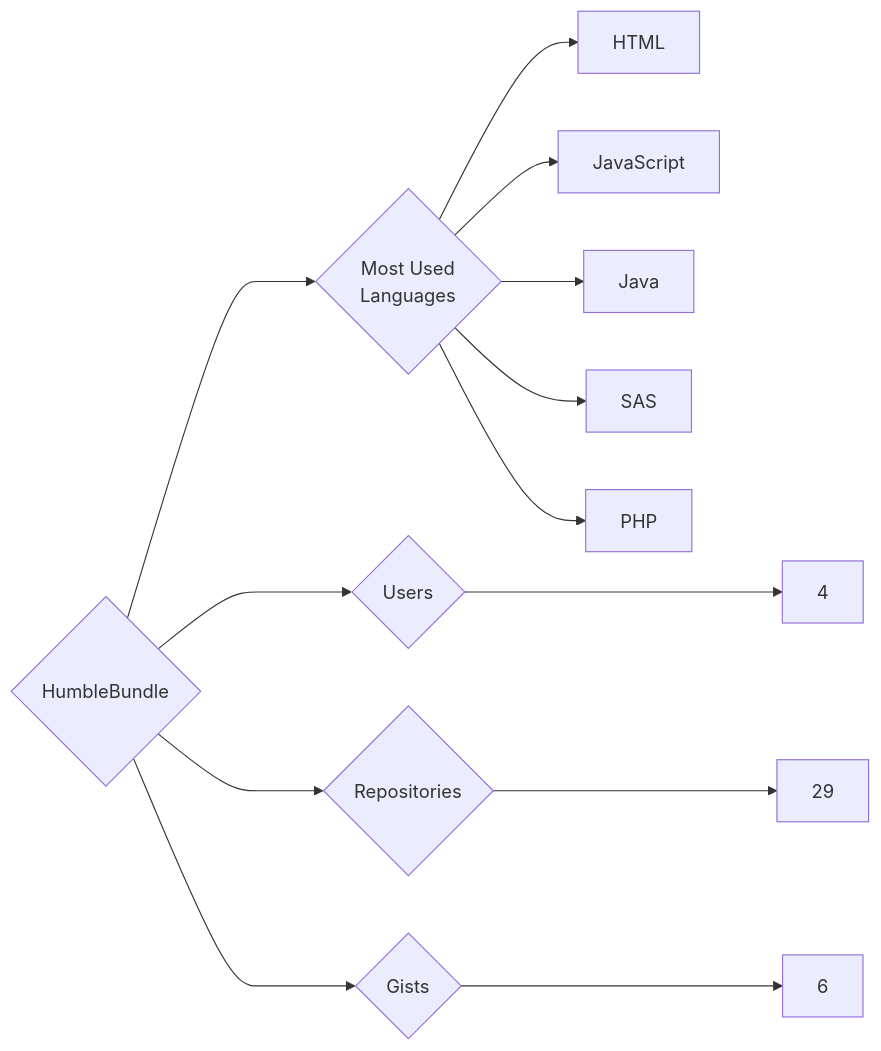
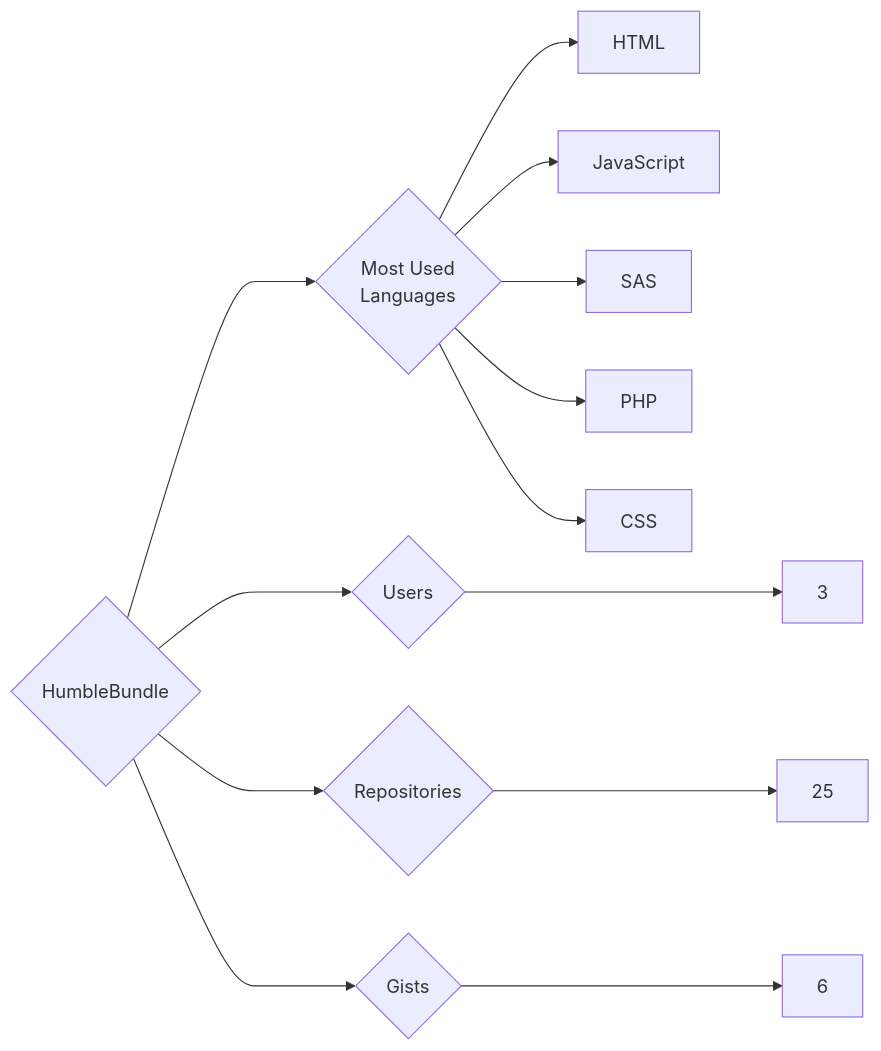
Before and after one commit to trickest/insiders: the diagram in targets/HumbleBundle/README.md, drawn with Mermaid. The commit also changed 1055 other files, not shown here.

````diff
--- a/targets/HumbleBundle/README.md
+++ b/targets/HumbleBundle/README.md
@@ -3,13 +3,13 @@
 ```mermaid
 graph LR
 COMPANY_NAME{HumbleBundle}
-COMPANY_NAME ---> U{Users} ---> UN[4]
-COMPANY_NAME ---> R{Repositories} ---> RN[29]
+COMPANY_NAME ---> U{Users} ---> UN[3]
+COMPANY_NAME ---> R{Repositories} ---> RN[25]
 COMPANY_NAME ---> G{Gists} ---> GN[6]
 COMPANY_NAME ---> ML{Most Used<br>Languages}
 ML --> HTML[HTML]
 ML --> JavaScript[JavaScript]
-ML --> Java[Java]
 ML --> SAS[SAS]
 ML --> PHP[PHP]
+ML --> CSS[CSS]
 ```
````
